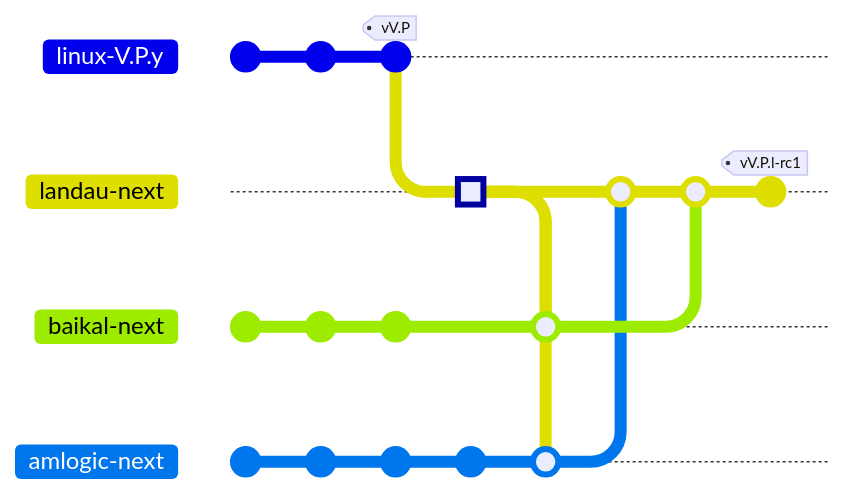
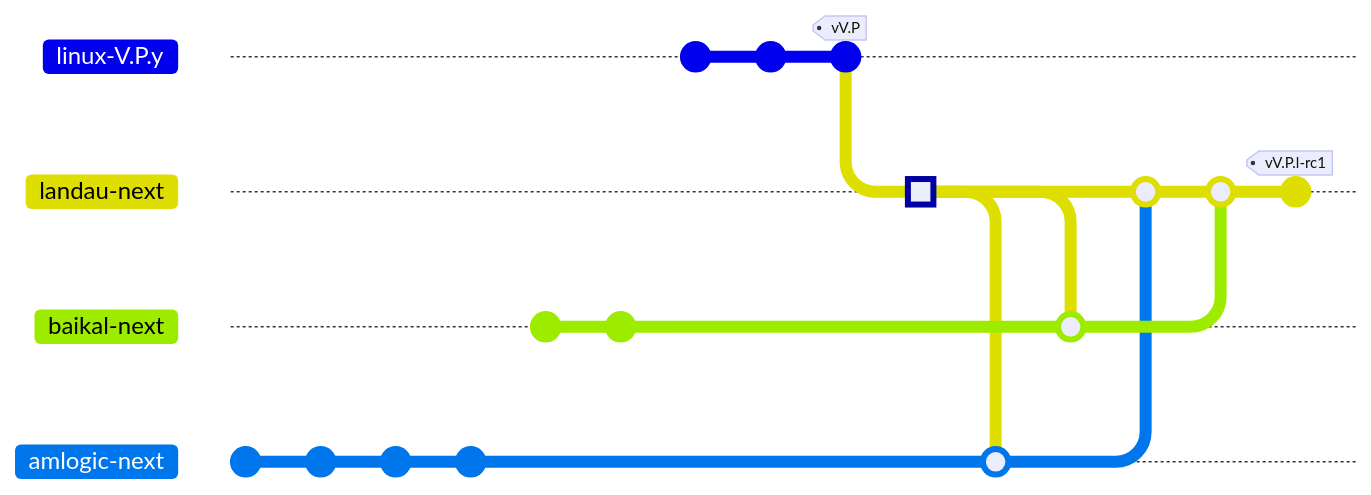
The third of 3 diagrams in content/landau-linux/maintenance/_index.md (rulkc/landau), drawn with Mermaid before and after one commit. The commit also changed other lines of this file and 2 other files, not shown here. Commit ids are hidden.

First line of the commit message:
landau-linux: finalize documentation after review call

````diff
--- a/content/landau-linux/maintenance/_index.md
+++ b/content/landau-linux/maintenance/_index.md
@@ -276,33 +354,32 @@
 ```mermaid
 ---
 config:
     gitGraph:
-        parallelCommits: true
+        parallelCommits: false
         mainBranchName: 'linux-V.P.y'
 ---
 gitGraph
     branch baikal-next order: 2
     branch amlogic-next order: 3
     commit
     commit
     commit
     commit
     checkout baikal-next
-    commit
     commit
     commit
     checkout linux-V.P.y
     commit
     commit
     commit id: "Linux V.P" tag: "vV.P"
     branch landau-next order: 1
     commit id: " " type: HIGHLIGHT
     checkout amlogic-next
     merge landau-next
     checkout baikal-next
     merge landau-next
     checkout landau-next
     merge amlogic-next
     merge baikal-next
-    commit id: "LANDAU-Linux V.P.l-rc1" tag: "vV.P.l-rc1"
+    commit id: "LANDAU Linux V.P.l-rc1" tag: "vV.P.l-rc1"
 ```
````
